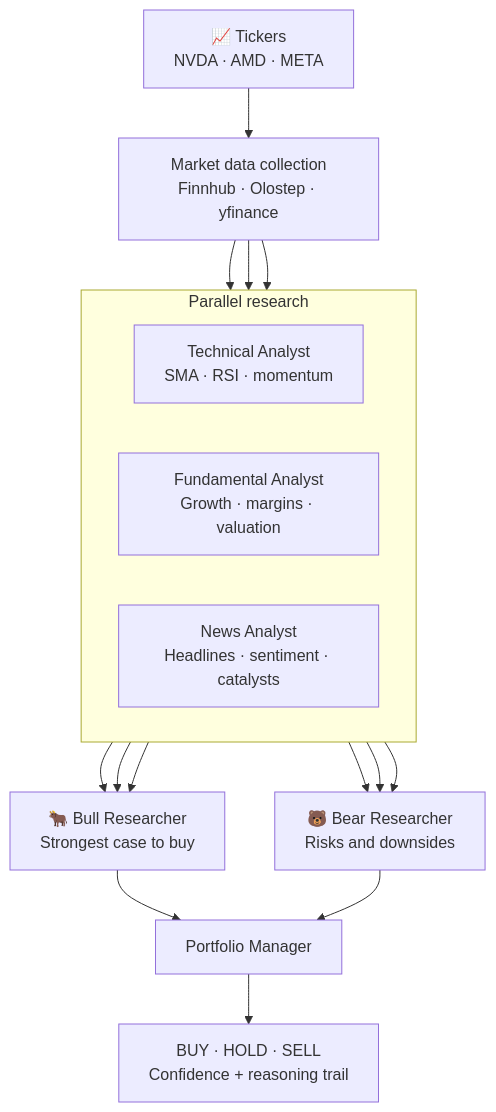
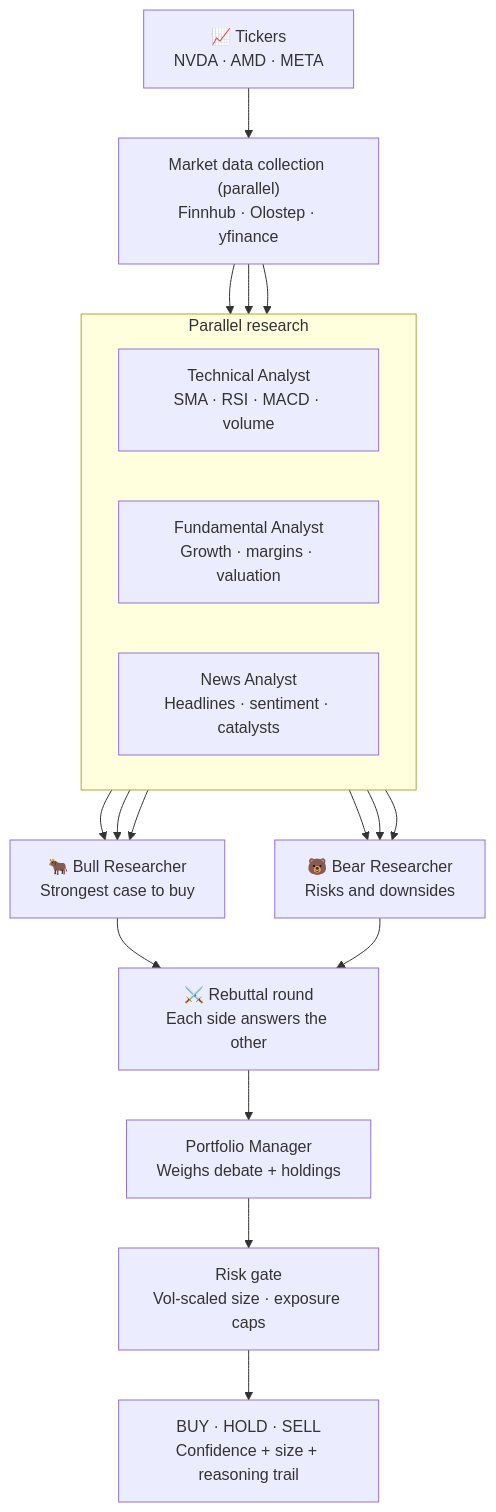
The diagram in README.md (kingabzpro/BetterTradingAgents), drawn with Mermaid before and after one commit. The commit also changed other lines of this file and 4 other files, not shown here.

````diff
--- a/README.md
+++ b/README.md
@@ -42,26 +45,29 @@
 ```mermaid
 flowchart TD
-    T["📈 Tickers<br/>NVDA · AMD · META"] --> D["Market data collection<br/>Finnhub · Olostep · yfinance"]
+    T["📈 Tickers<br/>NVDA · AMD · META"] --> D["Market data collection (parallel)<br/>Finnhub · Olostep · yfinance"]
 
     subgraph Research[Parallel research]
         direction LR
-        TA["Technical Analyst<br/>SMA · RSI · momentum"]
+        TA["Technical Analyst<br/>SMA · RSI · MACD · volume"]
         FA["Fundamental Analyst<br/>Growth · margins · valuation"]
         NA["News Analyst<br/>Headlines · sentiment · catalysts"]
     end
 
     D --> TA
     D --> FA
     D --> NA
 
     TA --> BULL["🐂 Bull Researcher<br/>Strongest case to buy"]
     FA --> BULL
     NA --> BULL
     TA --> BEAR["🐻 Bear Researcher<br/>Risks and downsides"]
     FA --> BEAR
     NA --> BEAR
 
-    BULL --> PM["Portfolio Manager"]
-    BEAR --> PM
-    PM --> RESULT["BUY · HOLD · SELL<br/>Confidence + reasoning trail"]
+    BULL --> RB["⚔️ Rebuttal round<br/>Each side answers the other"]
+    BEAR --> RB
+
+    RB --> PM["Portfolio Manager<br/>Weighs debate + holdings"]
+    PM --> RISK["Risk gate<br/>Vol-scaled size · exposure caps"]
+    RISK --> RESULT["BUY · HOLD · SELL<br/>Confidence + size + reasoning trail"]
 ```
````
